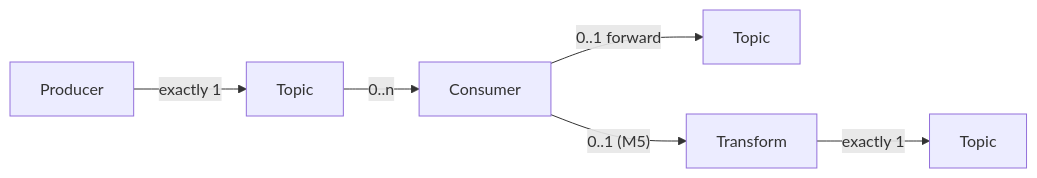
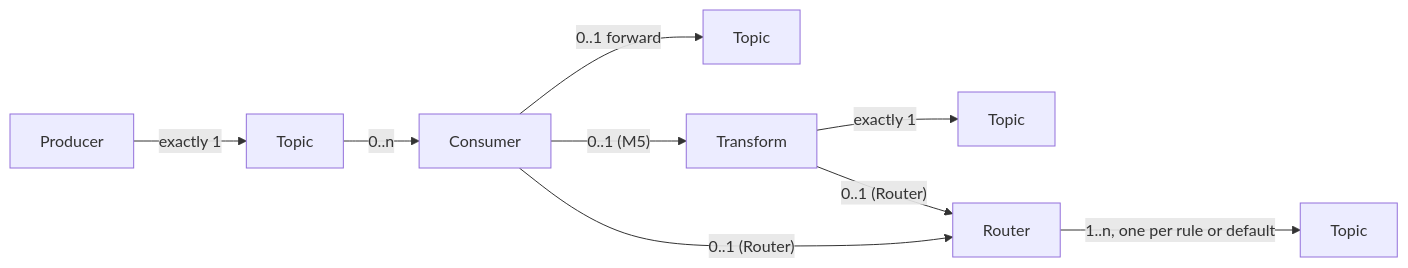
The fourth of 4 diagrams in docs/superpowers/specs/2026-10-06-pipeline-studio-design.md (felipe-dos-santos81/kafka-playground), drawn with Mermaid before and after one commit. The commit also changed other lines of this file and 4 other files, not shown here.

````diff
--- a/docs/superpowers/specs/2026-10-06-pipeline-studio-design.md
+++ b/docs/superpowers/specs/2026-10-06-pipeline-studio-design.md
@@ -433,8 +436,11 @@
 ```mermaid
 flowchart LR
   P[Producer] -- "exactly 1" --> T[Topic]
   T -- "0..n" --> C[Consumer]
   C -- "0..1 forward" --> T2[Topic]
   C -- "0..1 (M5)" --> X[Transform]
   X -- "exactly 1" --> T3[Topic]
+  C -- "0..1 (Router)" --> R[Router]
+  X -- "0..1 (Router)" --> R
+  R -- "1..n, one per rule or default" --> T4[Topic]
 ```
````
